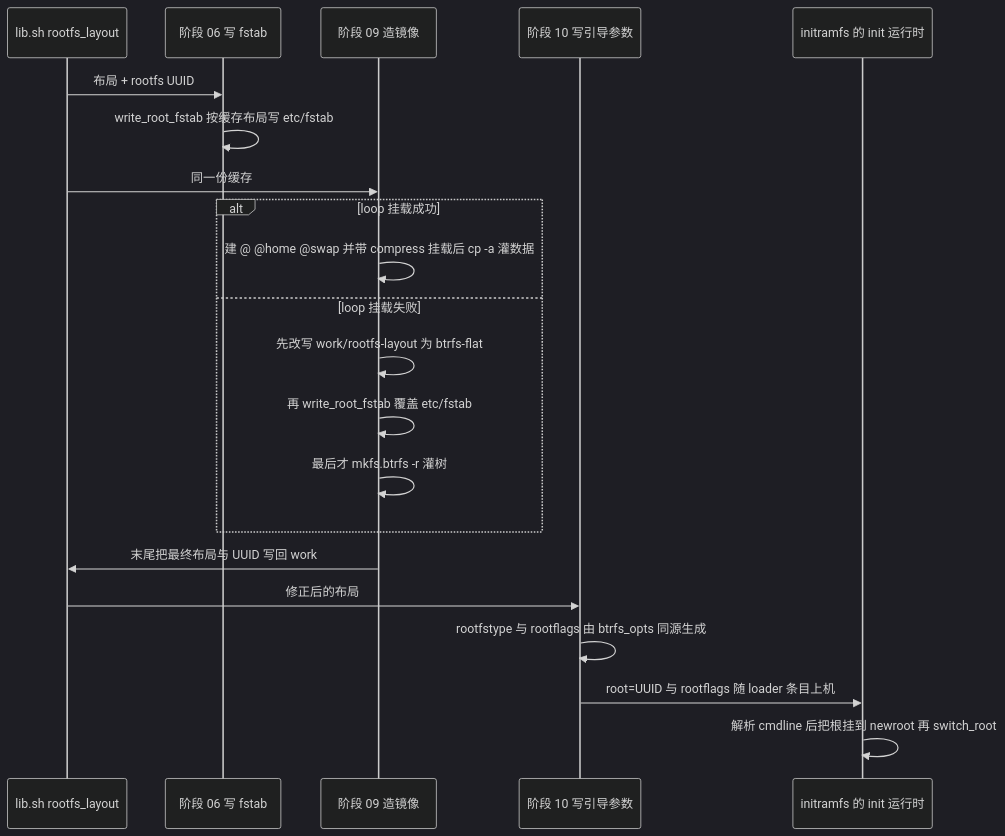
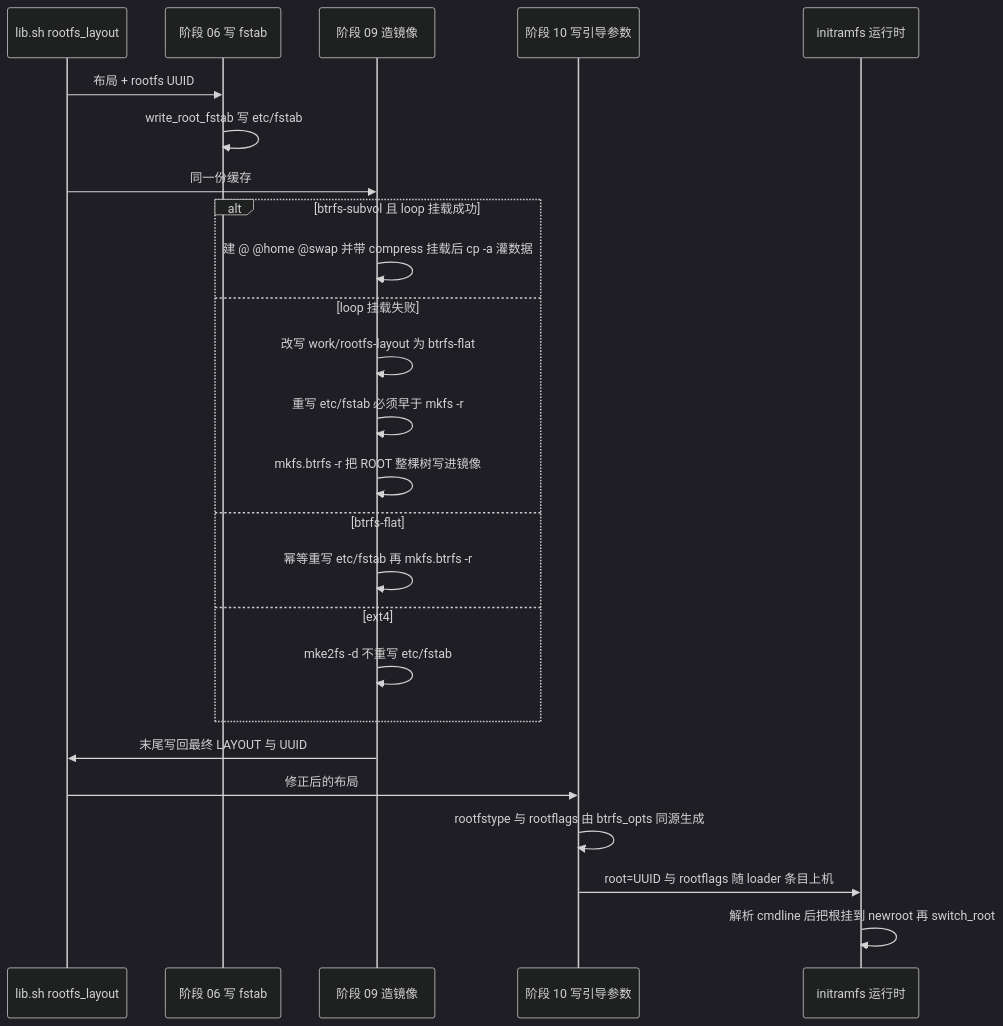
One commit to Winter21c/archlinux-xiaomi-raphael changed the second of 3 diagrams in openwiki/concepts/rootfs-layout-and-fstab.md. Above: the diagram before and after it, drawn with Mermaid (dark theme). The commit also changed other lines of this file and 17 other files, not shown here.

````diff
--- a/openwiki/concepts/rootfs-layout-and-fstab.md
+++ b/openwiki/concepts/rootfs-layout-and-fstab.md
@@ -71,23 +98,27 @@
 ```mermaid
 sequenceDiagram
   participant L as lib.sh rootfs_layout
   participant S06 as 阶段 06 写 fstab
   participant S09 as 阶段 09 造镜像
   participant S10 as 阶段 10 写引导参数
-  participant R as initramfs 的 init 运行时
+  participant RT as initramfs 运行时
   L->>S06: 布局 + rootfs UUID
-  S06->>S06: write_root_fstab 按缓存布局写 etc/fstab
+  S06->>S06: write_root_fstab 写 etc/fstab
   L->>S09: 同一份缓存
-  alt loop 挂载成功
+  alt btrfs-subvol 且 loop 挂载成功
     S09->>S09: 建 @ @home @swap 并带 compress 挂载后 cp -a 灌数据
   else loop 挂载失败
-    S09->>S09: 先改写 work/rootfs-layout 为 btrfs-flat
-    S09->>S09: 再 write_root_fstab 覆盖 etc/fstab
-    S09->>S09: 最后才 mkfs.btrfs -r 灌树
+    S09->>S09: 改写 work/rootfs-layout 为 btrfs-flat
+    S09->>S09: 重写 etc/fstab 必须早于 mkfs -r
+    S09->>S09: mkfs.btrfs -r 把 ROOT 整棵树写进镜像
+  else btrfs-flat
+    S09->>S09: 幂等重写 etc/fstab 再 mkfs.btrfs -r
+  else ext4
+    S09->>S09: mke2fs -d 不重写 etc/fstab
   end
-  S09->>L: 末尾把最终布局与 UUID 写回 work
+  S09->>L: 末尾写回最终 LAYOUT 与 UUID
   L->>S10: 修正后的布局
   S10->>S10: rootfstype 与 rootflags 由 btrfs_opts 同源生成
-  S10->>R: root=UUID 与 rootflags 随 loader 条目上机
-  R->>R: 解析 cmdline 后把根挂到 newroot 再 switch_root
+  S10->>RT: root=UUID 与 rootflags 随 loader 条目上机
+  RT->>RT: 解析 cmdline 后把根挂到 newroot 再 switch_root
 ```
````
